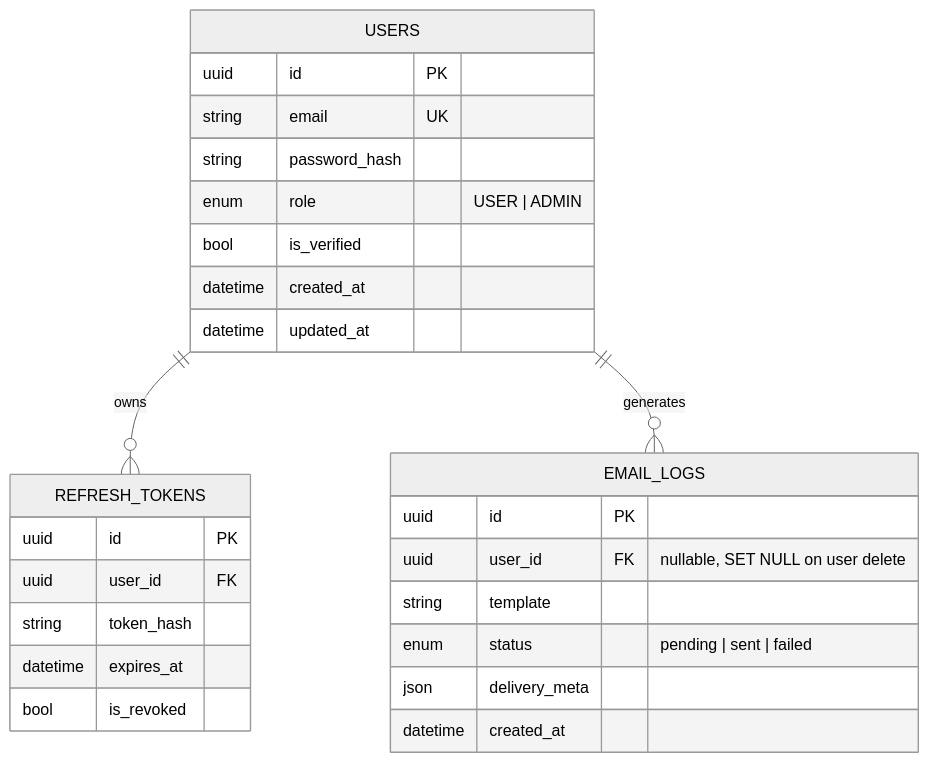
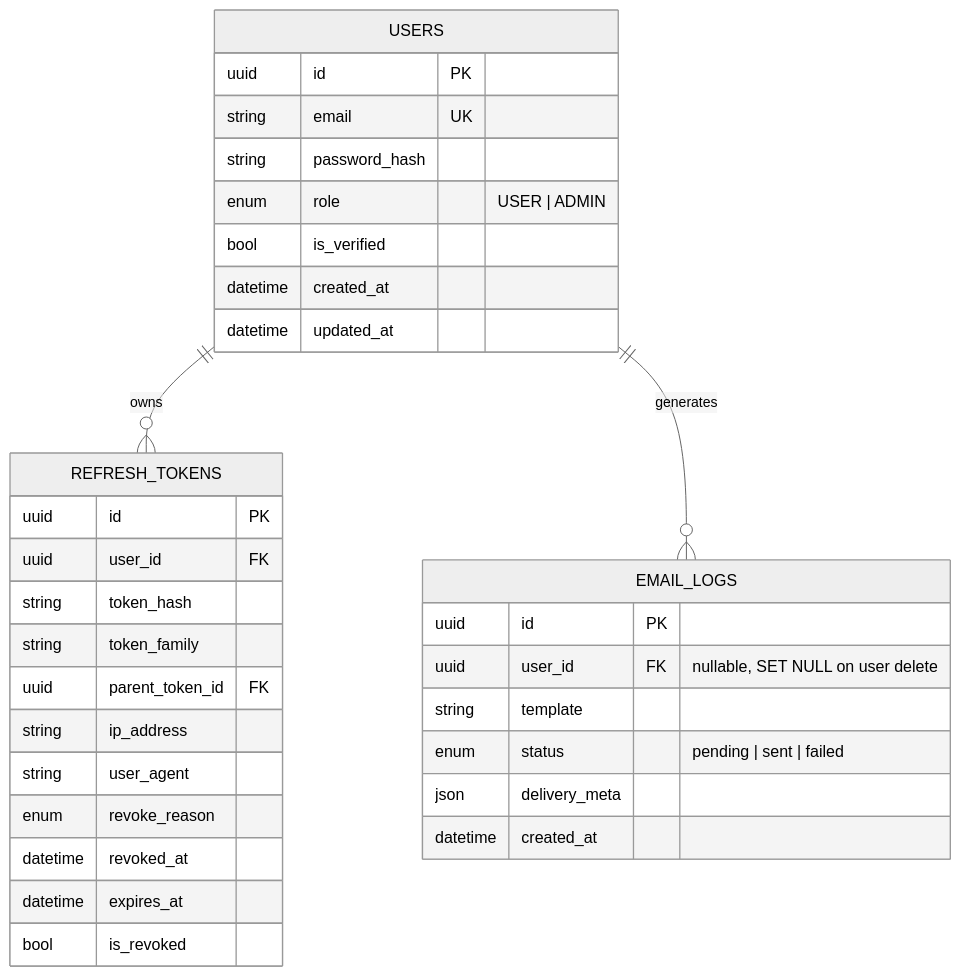
One commit to Steve-s-Circle-on-System-Design/py-fastapi-rbac-auth-system changed the second of 6 diagrams in README.md. Above: the diagram before and after it, drawn with Mermaid (neutral theme). The commit also changed other lines of this file and 12 other files, not shown here.

````diff
--- a/README.md
+++ b/README.md
@@ -136,30 +150,36 @@
 ```mermaid
 erDiagram
     USERS ||--o{ REFRESH_TOKENS : owns
     USERS ||--o{ EMAIL_LOGS : generates
 
     USERS {
         uuid id PK
         string email UK
         string password_hash
         enum role "USER | ADMIN"
         bool is_verified
         datetime created_at
         datetime updated_at
     }
     REFRESH_TOKENS {
         uuid id PK
         uuid user_id FK
         string token_hash
+        string token_family
+        uuid parent_token_id FK
+        string ip_address
+        string user_agent
+        enum revoke_reason
+        datetime revoked_at
         datetime expires_at
         bool is_revoked
     }
     EMAIL_LOGS {
         uuid id PK
         uuid user_id FK "nullable, SET NULL on user delete"
         string template
         enum status "pending | sent | failed"
         json delivery_meta
         datetime created_at
     }
 ```
````
